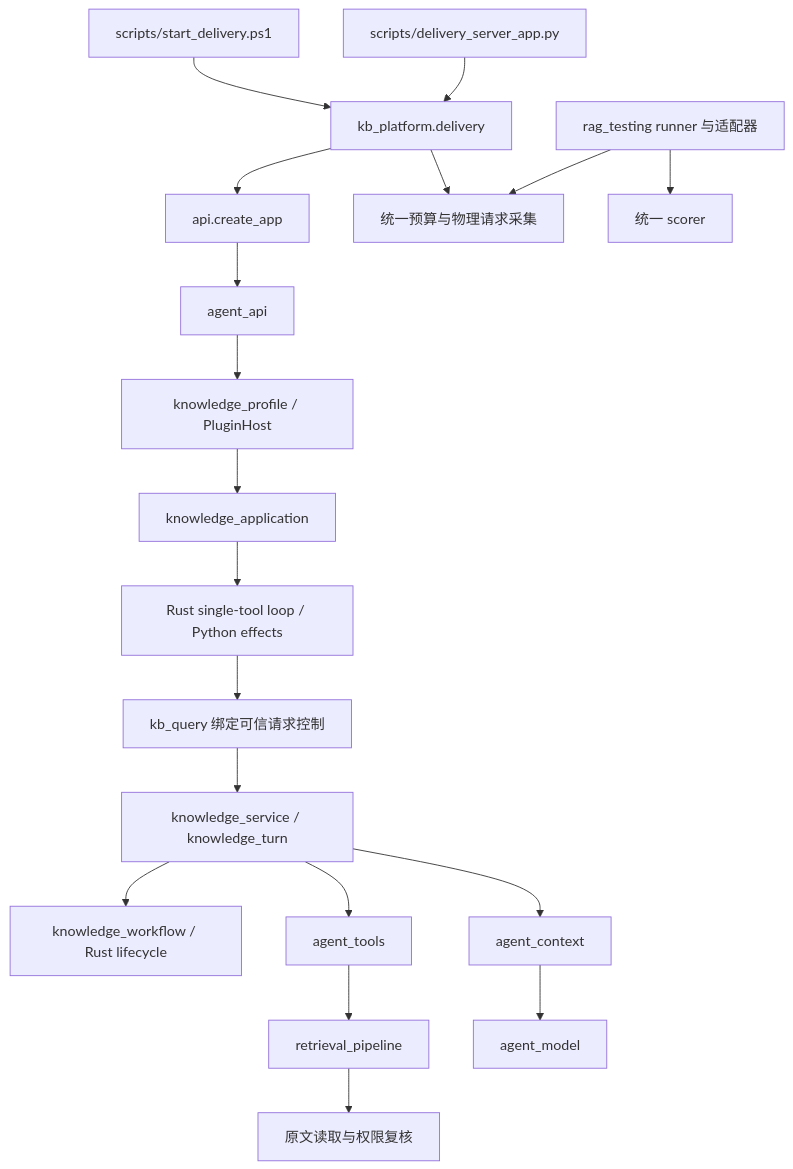
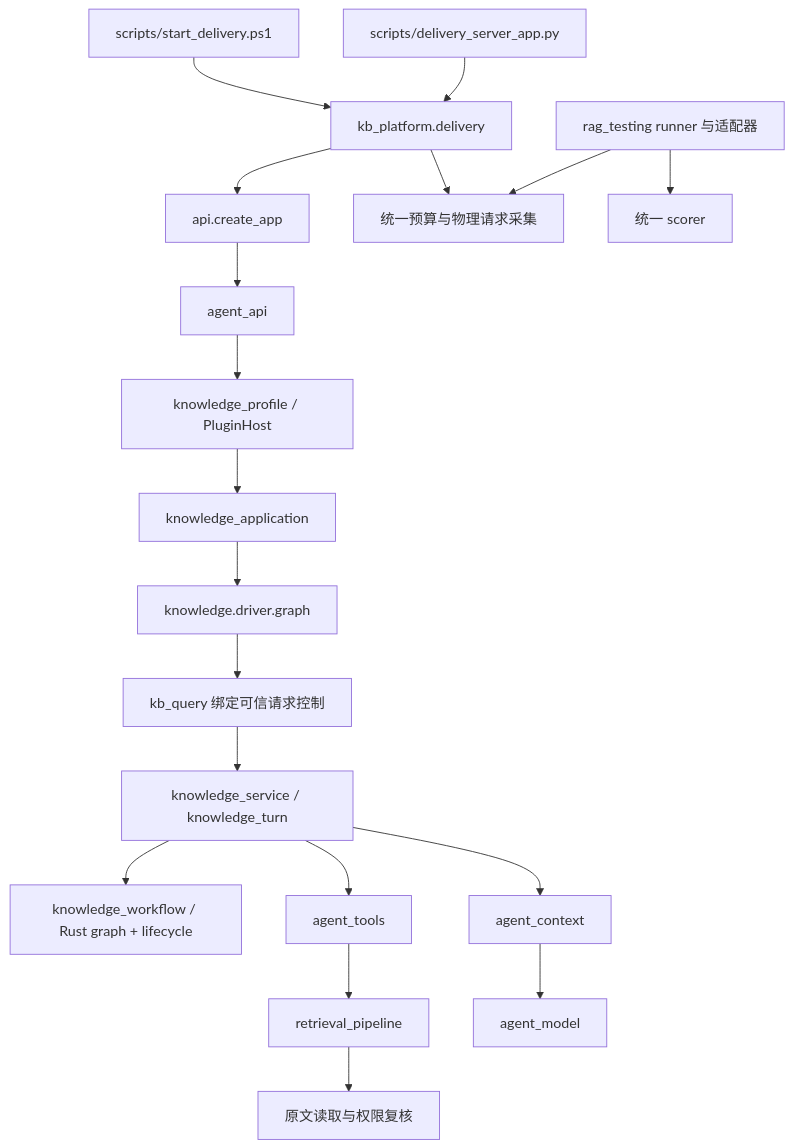
The diagram in docs/architecture.md (Hubujiu/evidence-kb), drawn with Mermaid before and after one commit. The commit also changed other lines of this file and 44 other files, not shown here.

First line of the commit message:
refactor: compose knowledge and standalone agent bundles (#12)

````diff
--- a/docs/architecture.md
+++ b/docs/architecture.md
@@ -11,21 +11,21 @@
 ```mermaid
 flowchart TD
     Launcher[scripts/start_delivery.ps1] --> Delivery[kb_platform.delivery]
     CLI[scripts/delivery_server_app.py] --> Delivery
     Delivery --> API[api.create_app]
     API --> Routes[agent_api]
     Routes --> Profile[knowledge_profile / PluginHost]
     Profile --> Application[knowledge_application]
-    Application --> Loop[Rust single-tool loop / Python effects]
-    Loop --> Query[kb_query 绑定可信请求控制]
+    Application --> Driver[knowledge.driver.graph]
+    Driver --> Query[kb_query 绑定可信请求控制]
     Query --> Agent[knowledge_service / knowledge_turn]
-    Agent --> Graph[knowledge_workflow / Rust lifecycle]
+    Agent --> Graph[knowledge_workflow / Rust graph + lifecycle]
     Agent --> Gateway[agent_tools]
     Gateway --> Pipeline[retrieval_pipeline]
     Pipeline --> Evidence[原文读取与权限复核]
     Agent --> Context[agent_context]
     Context --> Model[agent_model]
     Delivery --> Shared[统一预算与物理请求采集]
     Eval[rag_testing runner 与适配器] --> Shared
     Eval --> Scorer[统一 scorer]
 ```
````
